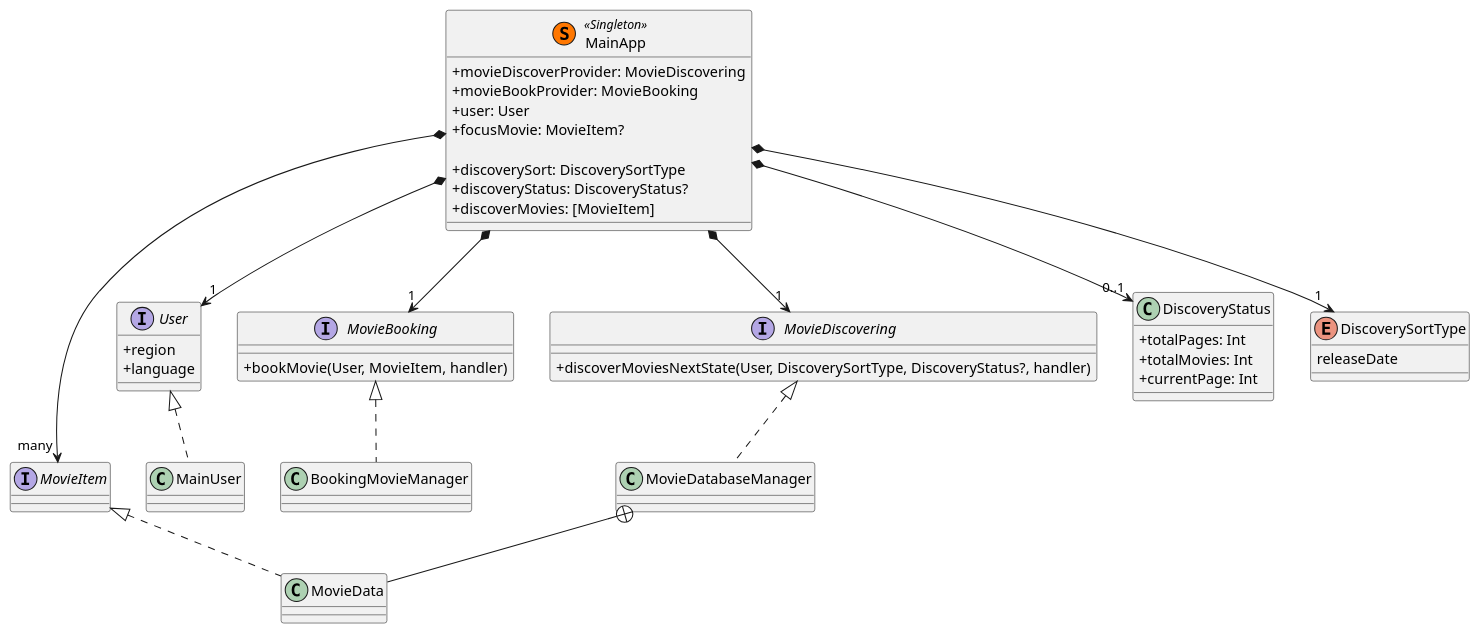
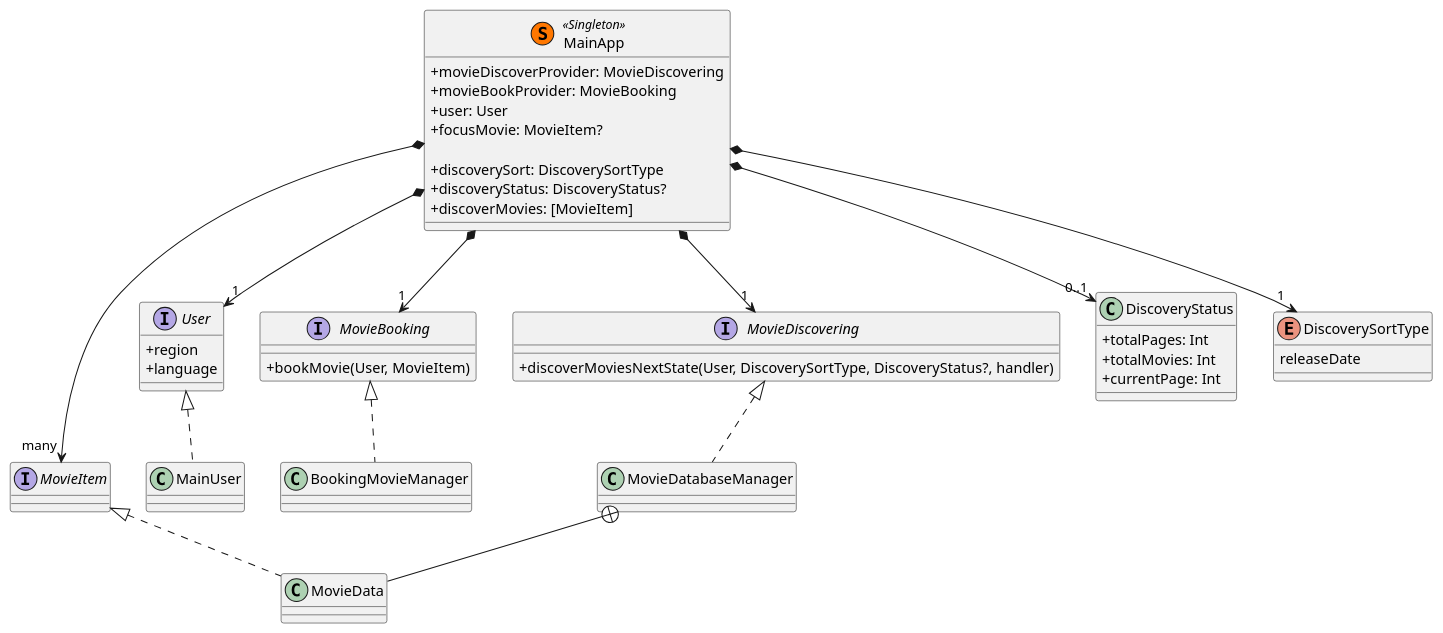
Before and after one commit to willsbor/CinemaForYou: the second of 4 diagrams in README.md, drawn with PlantUML. The commit also changed other lines of this file and 5 other files, not shown here.

````diff
--- a/README.md
+++ b/README.md
@@ -93,58 +93,57 @@
 ```puml
 skinparam classAttributeIconSize 0
 
 interface MovieDiscovering {
   +discoverMoviesNextState(User, DiscoverySortType, DiscoveryStatus?, handler)
 }
 interface MovieBooking {
-  +bookMovie(User, MovieItem, handler)
+  +bookMovie(User, MovieItem)
 }
 interface User {
   +region
   +language
 }
 
 interface MovieItem {
-
 }
 
 class DiscoveryStatus {
   +totalPages: Int
   +totalMovies: Int
   +currentPage: Int
 }
 
 enum DiscoverySortType {
   releaseDate
 }
 
 class MainApp << (S,#FF7700) Singleton >> {
   +movieDiscoverProvider: MovieDiscovering
   +movieBookProvider: MovieBooking
   +user: User
   +focusMovie: MovieItem?
 
   +discoverySort: DiscoverySortType
   +discoveryStatus: DiscoveryStatus?
   +discoverMovies: [MovieItem]
 }
 
 MainApp *--> "1" User
 MainApp *--> "1" MovieDiscovering
 MainApp *--> "1" MovieBooking
 MainApp *--> "many" MovieItem
 MainApp *--> "0..1" DiscoveryStatus
 MainApp *--> "1" DiscoverySortType
 
 class MovieDatabaseManager
 class MovieData
 class BookingMovieManager
 class MainUser
 
 MovieDatabaseManager .up.|> MovieDiscovering
 BookingMovieManager .up.|> MovieBooking
 MainUser .up.|> User
 MovieDatabaseManager +-down- MovieData
 MovieData .up.|> MovieItem
 
 ```
````
